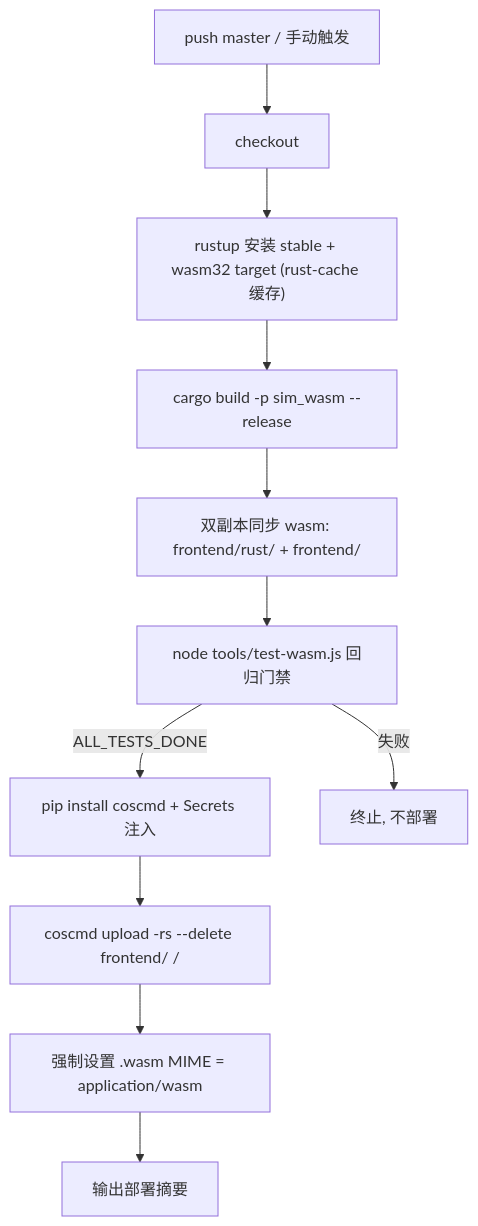
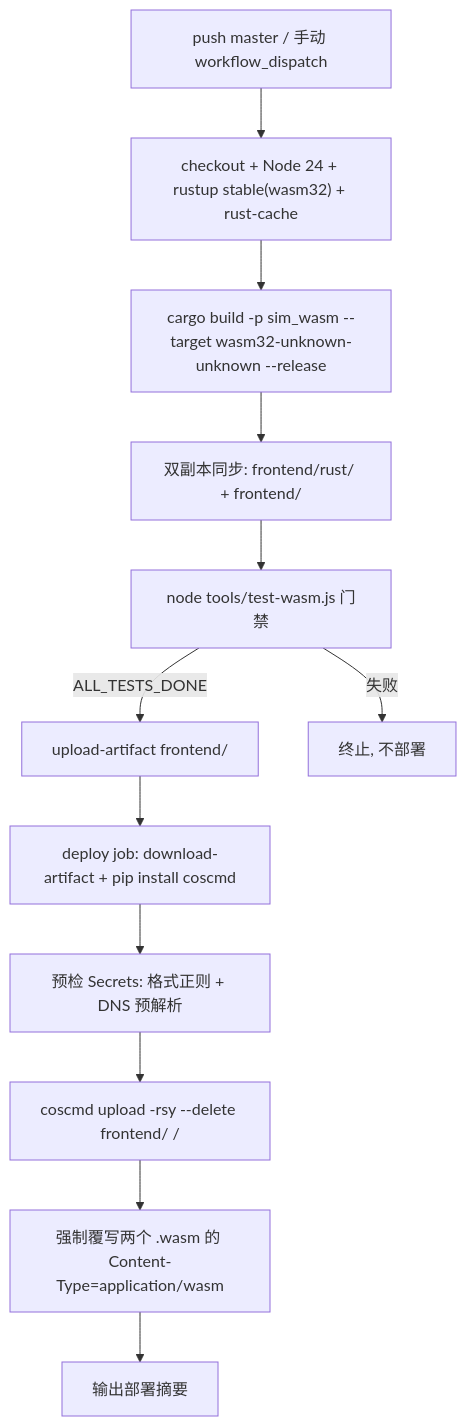
One commit to g39088902/FlowAndAccord changed the diagram in docs/cicd-guide.md. Above: the diagram before and after it, drawn with Mermaid. The commit also changed other lines of this file and 26 other files, not shown here.

````diff
--- a/docs/cicd-guide.md
+++ b/docs/cicd-guide.md
@@ -10,13 +11,14 @@
 ```mermaid
 graph TD
-    A["push master / 手动触发"] --> B["checkout"]
-    B --> C["rustup 安装 stable + wasm32 target (rust-cache 缓存)"]
-    C --> D["cargo build -p sim_wasm --release"]
-    D --> E["双副本同步 wasm: frontend/rust/ + frontend/"]
-    E --> F["node tools/test-wasm.js 回归门禁"]
-    F -->|ALL_TESTS_DONE| G["pip install coscmd + Secrets 注入"]
-    G --> H["coscmd upload -rs --delete frontend/ /"]
-    H --> I["强制设置 .wasm MIME = application/wasm"]
-    I --> J["输出部署摘要"]
-    F -->|失败| K["终止, 不部署"]
+    A["push master / 手动 workflow_dispatch"] --> B["checkout + Node 24 + rustup stable(wasm32) + rust-cache"]
+    B --> C["cargo build -p sim_wasm --target wasm32-unknown-unknown --release"]
+    C --> D["双副本同步: frontend/rust/ + frontend/"]
+    D --> E["node tools/test-wasm.js 门禁"]
+    E -->|ALL_TESTS_DONE| F["upload-artifact frontend/"]
+    F --> G["deploy job: download-artifact + pip install coscmd"]
+    G --> H["预检 Secrets: 格式正则 + DNS 预解析"]
+    H --> I["coscmd upload -rsy --delete frontend/ /"]
+    I --> J["强制覆写两个 .wasm 的 Content-Type=application/wasm"]
+    J --> K["输出部署摘要"]
+    E -->|失败| L["终止, 不部署"]
 ```
````
